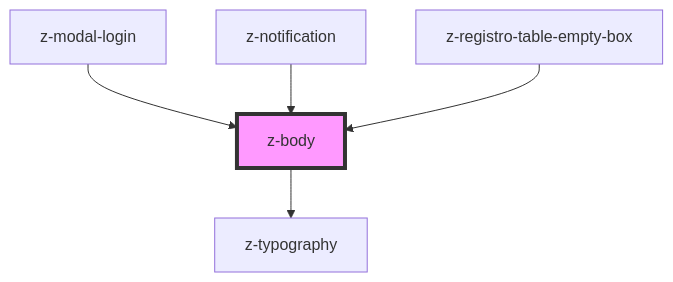
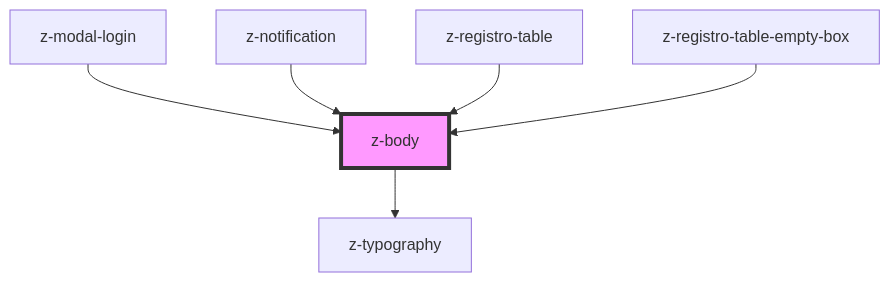
Before and after one commit to ZanichelliEditore/design-system: the diagram in src/components/typography/z-body/readme.md, drawn with Mermaid. The commit also changed other lines of this file and 3 other files, not shown here.

````diff
--- a/src/components/typography/z-body/readme.md
+++ b/src/components/typography/z-body/readme.md
@@ -28,8 +29,9 @@
 ```mermaid
 graph TD;
   z-body --> z-typography
   z-modal-login --> z-body
   z-notification --> z-body
+  z-registro-table --> z-body
   z-registro-table-empty-box --> z-body
   style z-body fill:#f9f,stroke:#333,stroke-width:4px
 ```
````
